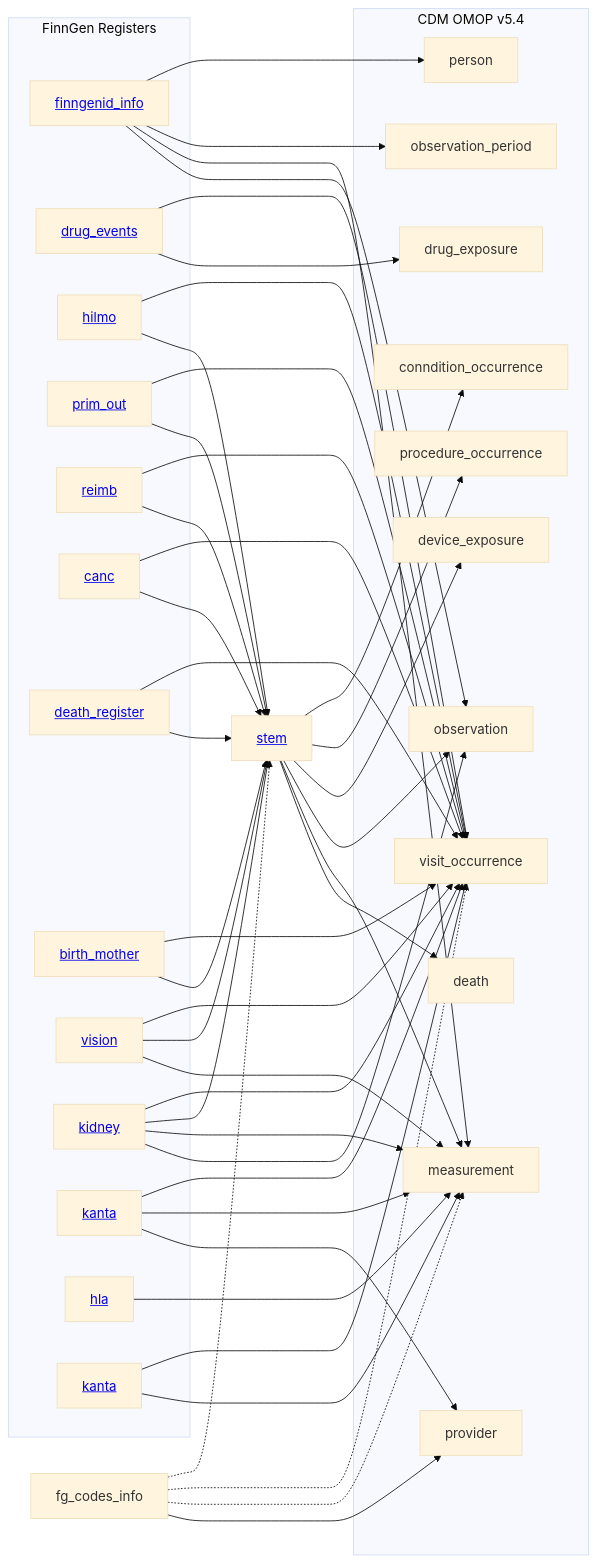
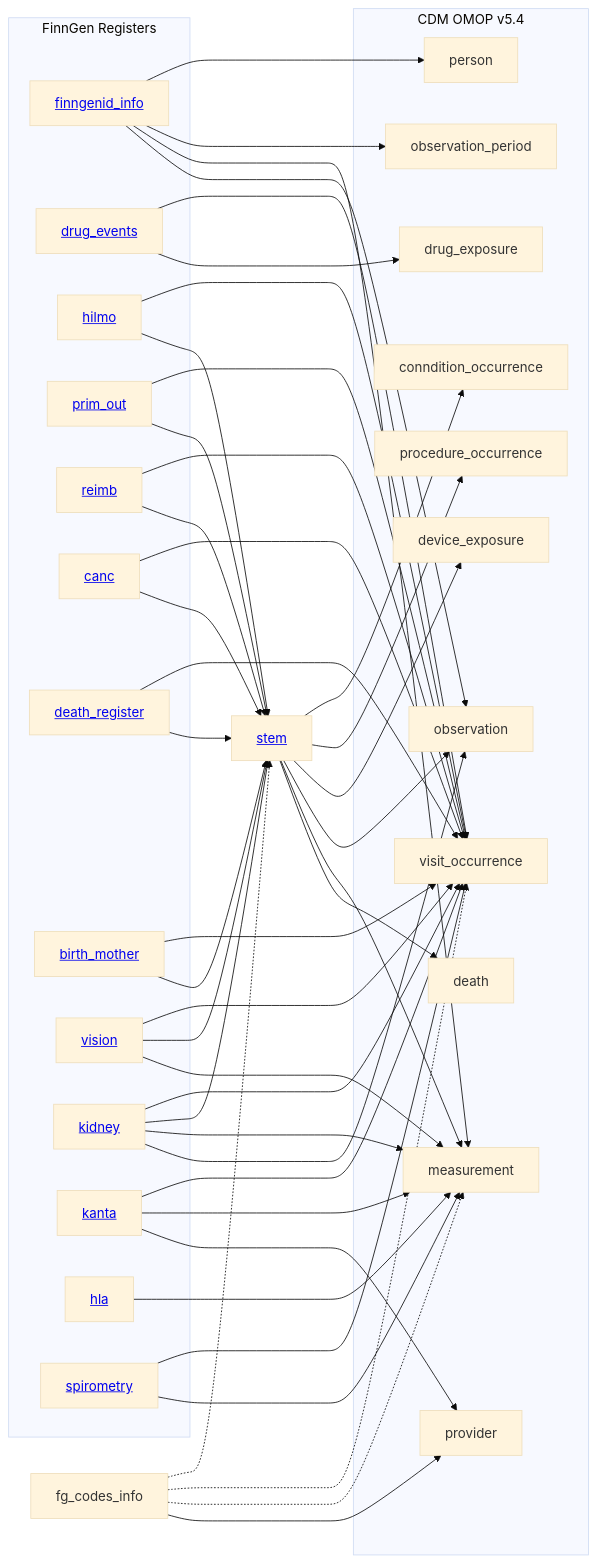
The diagram in 2_etl_specifications/documentation/home.md (FINNGEN/ETL), drawn with Mermaid before and after one commit.

Commit message:
Minor fix in mermaid figure in home md file

```diff
--- a/2_etl_specifications/documentation/home.md
+++ b/2_etl_specifications/documentation/home.md
@@ -33,7 +33,7 @@
         kidney[<a href='kidney.html'>kidney</a>]
         kanta[<a href='kanta.html'>kanta</a>]
         hla[<a href='hla.html'>hla</a>]
-        spirometry[<a href='spirometry.html'>kanta</a>]
+        spirometry[<a href='spirometry.html'>spirometry</a>]
     end
 
     stem[<a href='stem.html'>stem</a>]
```
